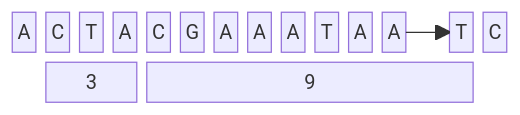
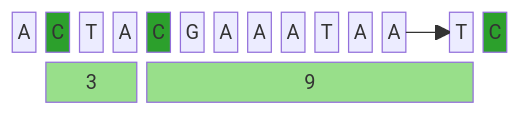
Before and after one commit to intervals-mining-lab/foapy: the second of 2 diagrams in docs/fundamentals/ideas/interval_as_a_basic_information_unit.md, drawn with Mermaid. The commit also changed other lines of this file, not shown here.

Commit message:
Added intervals coloring

````diff
--- a/docs/fundamentals/ideas/interval_as_a_basic_information_unit.md
+++ b/docs/fundamentals/ideas/interval_as_a_basic_information_unit.md
@@ -23,7 +28,12 @@
 ``` mermaid
 block-beta
   columns 15
   s1["A"] s2["C"] s3["T"] s4["A"] s5["C"] s6["G"] s7["A"] s8["A"] s9["A"] s10["T"] s11["A"] s12["A"] space s13["T"] s14["C"]
   space i1["3"]:3 i2["9"]:10
   s12 --> s13
+
+  classDef c3 fill:#2ca02c,color:#fff;
+  classDef c4 fill:#98df8a,color:#000;
+  class s2,s5,s14 c3
+  class i1,i2 c4
 ```
````
